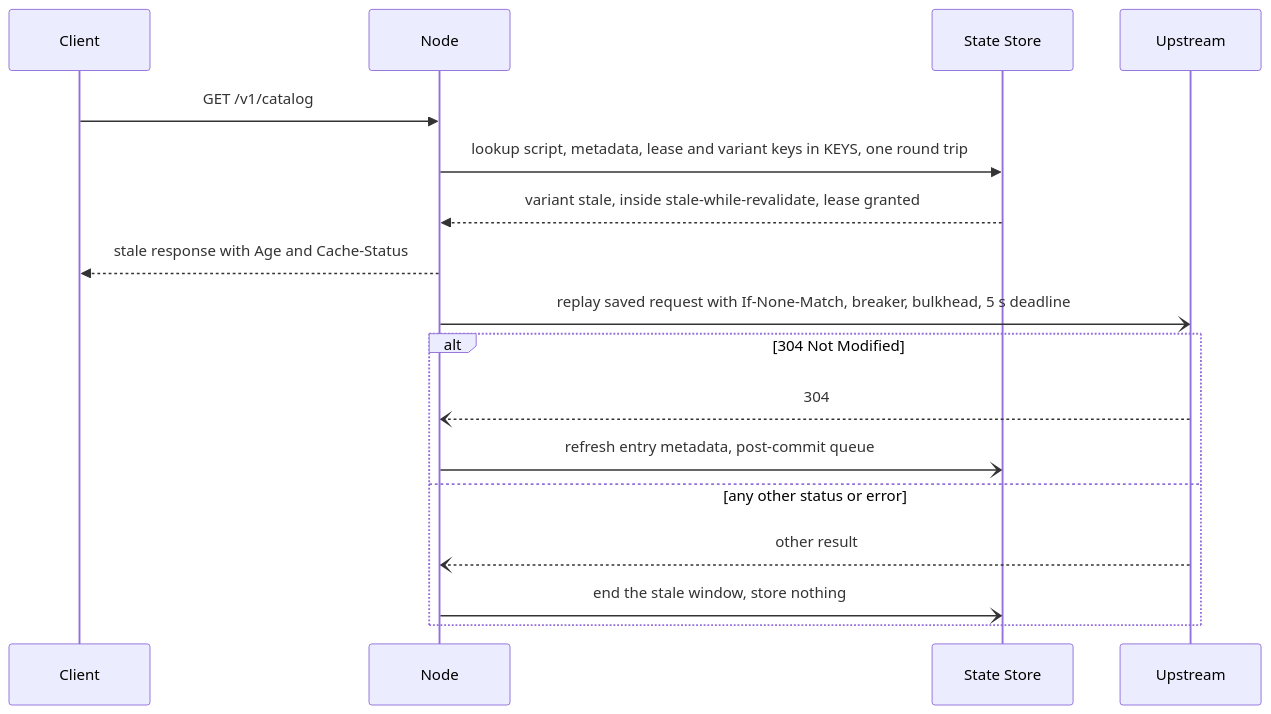
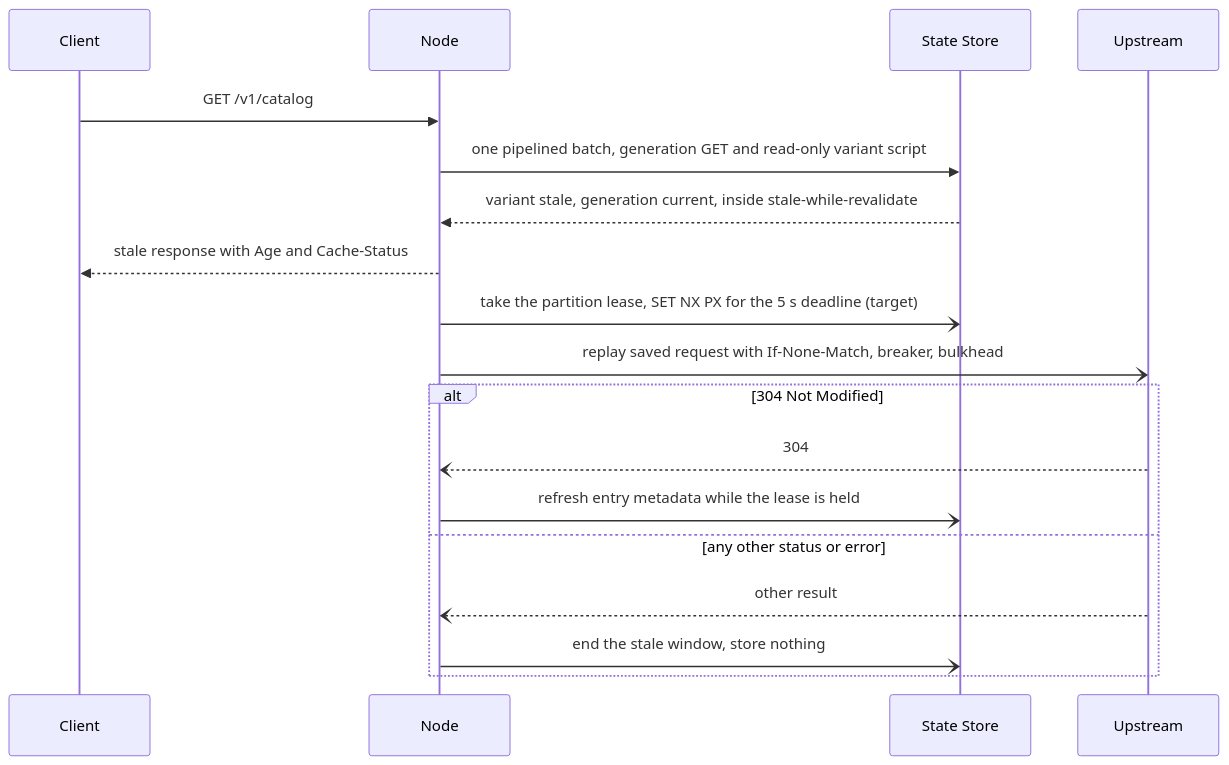
One commit to ravindu-rev/ruralz changed the fourth of 4 diagrams in docs/architecture/09-traffic-management-and-resilience.md. Above: the diagram before and after it, drawn with Mermaid. The commit also changed other lines of this file and 12 other files, not shown here.

````diff
--- a/docs/architecture/09-traffic-management-and-resilience.md
+++ b/docs/architecture/09-traffic-management-and-resilience.md
@@ -391,19 +420,20 @@
 ```mermaid
 sequenceDiagram
     participant C as Client
     participant N as Node
     participant SS as State Store
     participant UP as Upstream
     C->>N: GET /v1/catalog
-    N->>SS: lookup script, metadata, lease and variant keys in KEYS, one round trip
-    SS-->>N: variant stale, inside stale-while-revalidate, lease granted
+    N->>SS: one pipelined batch, generation GET and read-only variant script
+    SS-->>N: variant stale, generation current, inside stale-while-revalidate
     N-->>C: stale response with Age and Cache-Status
-    N-)UP: replay saved request with If-None-Match, breaker, bulkhead, 5 s deadline
+    N-)SS: take the partition lease, SET NX PX for the 5 s deadline (target)
+    N-)UP: replay saved request with If-None-Match, breaker, bulkhead
     alt 304 Not Modified
         UP--)N: 304
-        N-)SS: refresh entry metadata, post-commit queue
+        N-)SS: refresh entry metadata while the lease is held
     else any other status or error
         UP--)N: other result
         N-)SS: end the stale window, store nothing
     end
 ```
````
